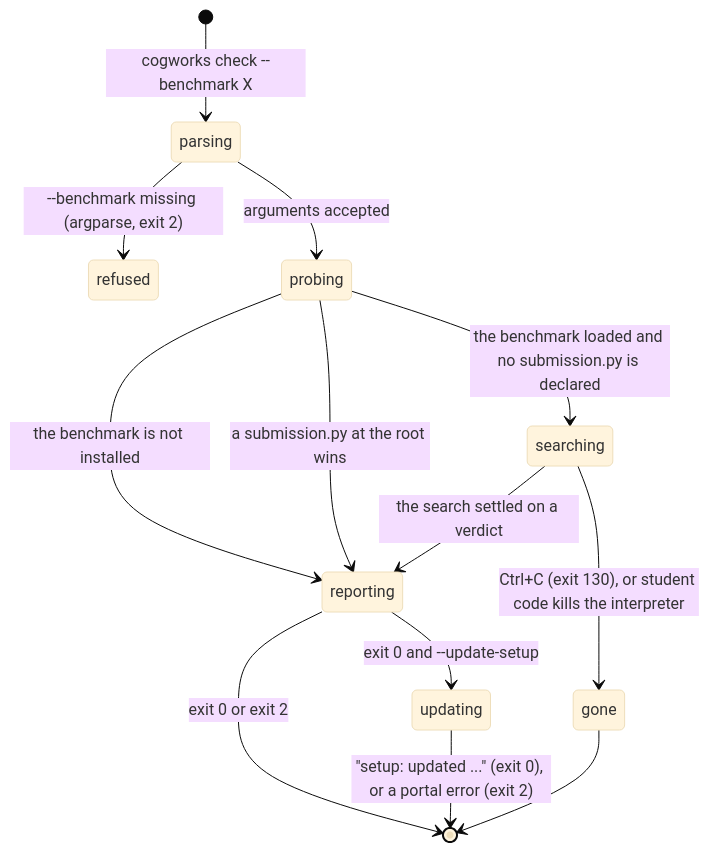
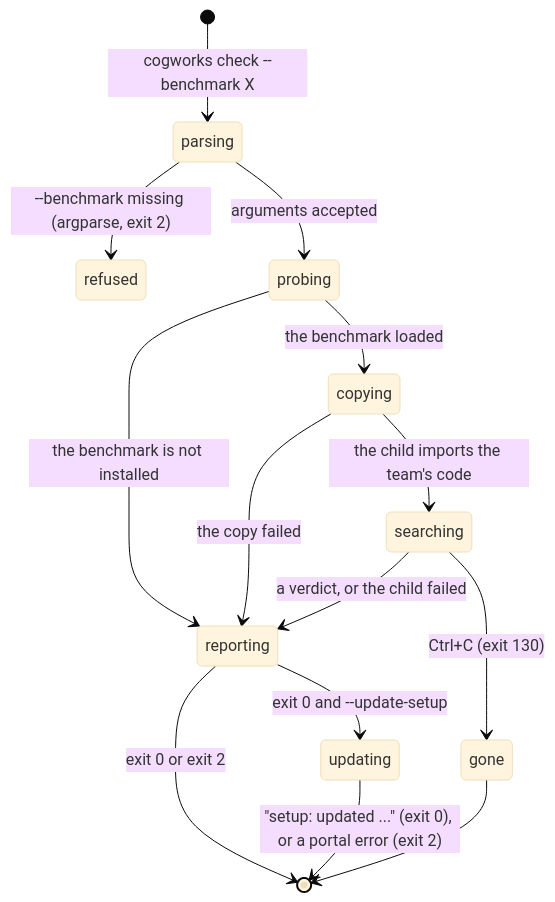
One commit to SamGu-NRX/CogPortal changed the diagram in docs/product-description/terminal/check.md. Above: the diagram before and after it, drawn with Mermaid (base theme). The commit also changed other lines of this file and 41 other files, not shown here.

````diff
--- a/docs/product-description/terminal/check.md
+++ b/docs/product-description/terminal/check.md
@@ -145,15 +98,16 @@
 ```mermaid
 stateDiagram-v2
     [*] --> parsing : cogworks check --benchmark X
     parsing --> refused : --benchmark missing (argparse, exit 2)
     parsing --> probing : arguments accepted
     probing --> reporting : the benchmark is not installed
-    probing --> searching : the benchmark loaded and no submission.py is declared
-    probing --> reporting : a submission.py at the root wins
-    searching --> reporting : the search settled on a verdict
-    searching --> gone : Ctrl+C (exit 130), or student code kills the interpreter
+    probing --> copying : the benchmark loaded
+    copying --> reporting : the copy failed
+    copying --> searching : the child imports the team's code
+    searching --> reporting : a verdict, or the child failed
+    searching --> gone : Ctrl+C (exit 130)
     reporting --> updating : exit 0 and --update-setup
     reporting --> [*] : exit 0 or exit 2
     updating --> [*] : "setup: updated ..." (exit 0), or a portal error (exit 2)
     gone --> [*]
 ```
````
